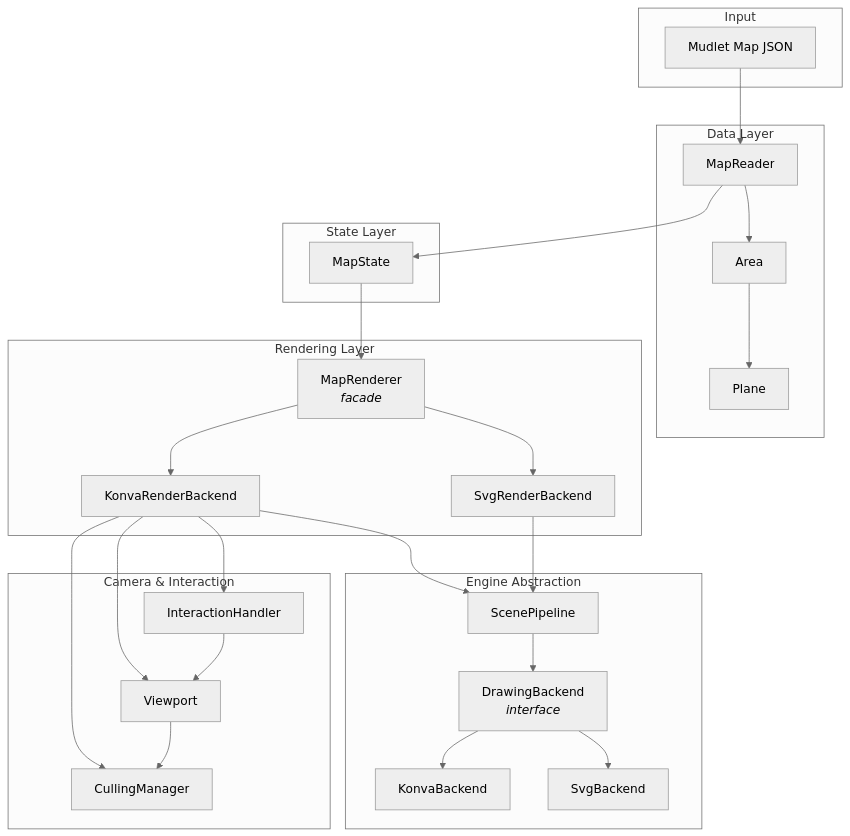
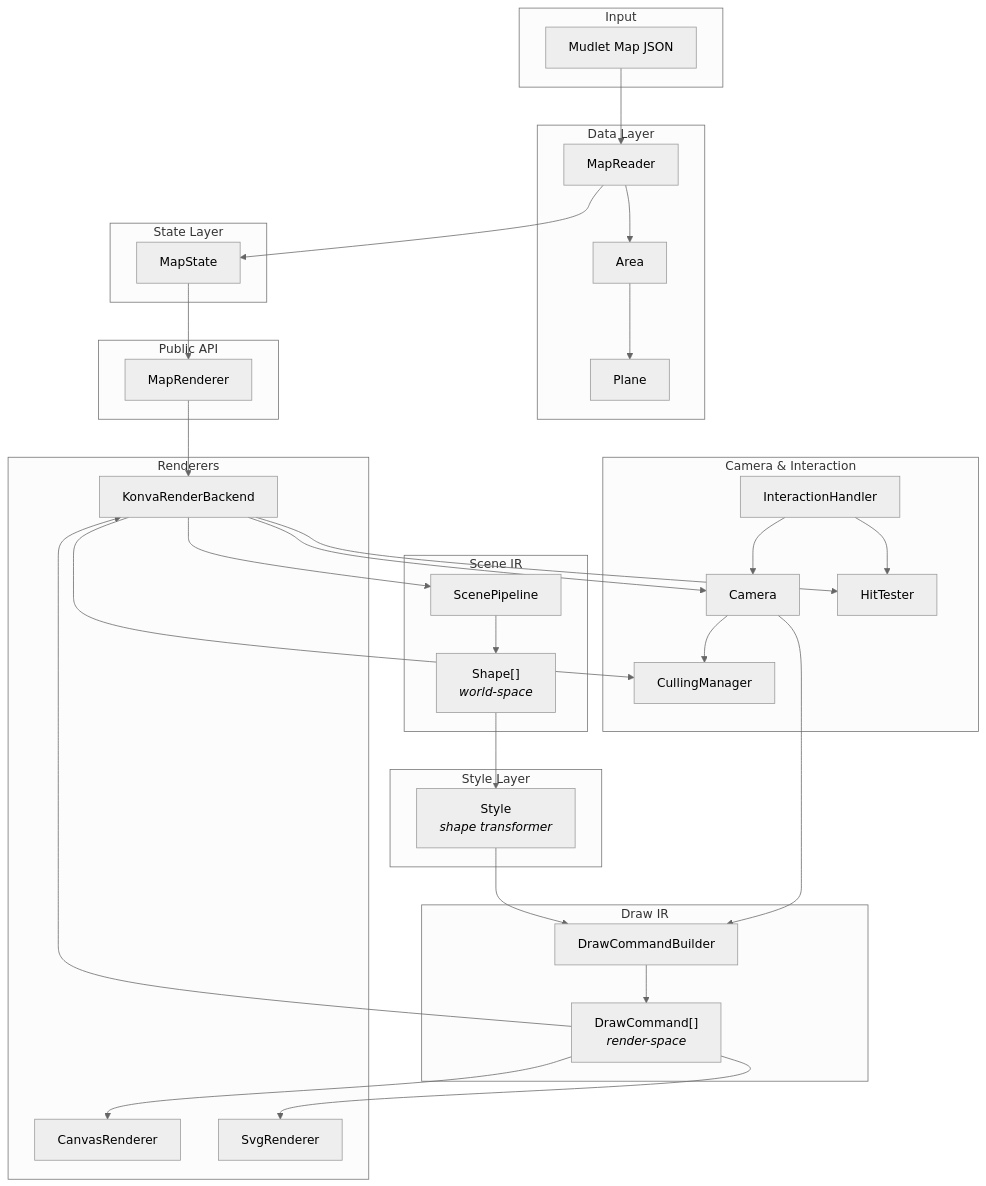
One commit to Delwing/mudlet-map-renderer changed the first of 17 diagrams in docs/architecture.md. Above: the diagram before and after it, drawn with Mermaid (neutral theme). The commit also changed other lines of this file and 44 other files, not shown here.

First line of the commit message:
Add reusable scene culling and flush utilities, unify shape handling across rendering paths

````diff
--- a/docs/architecture.md
+++ b/docs/architecture.md
@@ -9,52 +17,68 @@
 ```mermaid
 flowchart TB
     subgraph Input
         JSON["Mudlet Map JSON"]
     end
 
     subgraph Data["Data Layer"]
         MR[MapReader]
         Area[Area]
         Plane[Plane]
     end
 
     subgraph State["State Layer"]
         MS[MapState]
     end
 
-    subgraph Rendering["Rendering Layer"]
-        Facade[MapRenderer<br/><i>facade</i>]
-        KB[KonvaRenderBackend]
-        SB[SvgRenderBackend]
+    subgraph Facade["Public API"]
+        Renderer[MapRenderer]
     end
 
-    subgraph Engine["Engine Abstraction"]
+    subgraph SceneIR["Scene IR"]
         SP[ScenePipeline]
-        DB["DrawingBackend<br/><i>interface</i>"]
-        KDB[KonvaBackend]
-        SDB[SvgBackend]
+        Shape["Shape[]<br/><i>world-space</i>"]
     end
 
-    subgraph Viewport["Camera & Interaction"]
-        VP[Viewport]
-        CM[CullingManager]
+    subgraph Styling["Style Layer"]
+        Style["Style<br/><i>shape transformer</i>"]
+    end
+
+    subgraph DrawIR["Draw IR"]
+        DCB[DrawCommandBuilder]
+        DC["DrawCommand[]<br/><i>render-space</i>"]
+    end
+
+    subgraph Renderers["Renderers"]
+        KRB[KonvaRenderBackend]
+        CR[CanvasRenderer]
+        SR[SvgRenderer]
+    end
+
+    subgraph Interaction["Camera & Interaction"]
+        Cam[Camera]
+        Cull[CullingManager]
+        Hit[HitTester]
         IH[InteractionHandler]
     end
 
     JSON --> MR
     MR --> Area --> Plane
     MR --> MS
-    MS --> Facade
-    Facade --> KB
-    Facade --> SB
-    KB --> SP
-    SB --> SP
-    SP --> DB
-    DB --> KDB
-    DB --> SDB
-    KB --> VP
-    KB --> CM
-    KB --> IH
-    IH --> VP
-    VP --> CM
+    MS --> Renderer
+    Renderer --> KRB
+    KRB --> SP
+    SP --> Shape
+    Shape --> Style
+    Style --> DCB
+    Cam --> DCB
+    DCB --> DC
+    DC --> KRB
+    DC --> CR
+    DC --> SR
+    KRB --> Cam
+    KRB --> Cull
+    KRB --> Hit
+    IH --> Cam
+    IH --> Hit
+    Cam --> Cull
 ```
````
